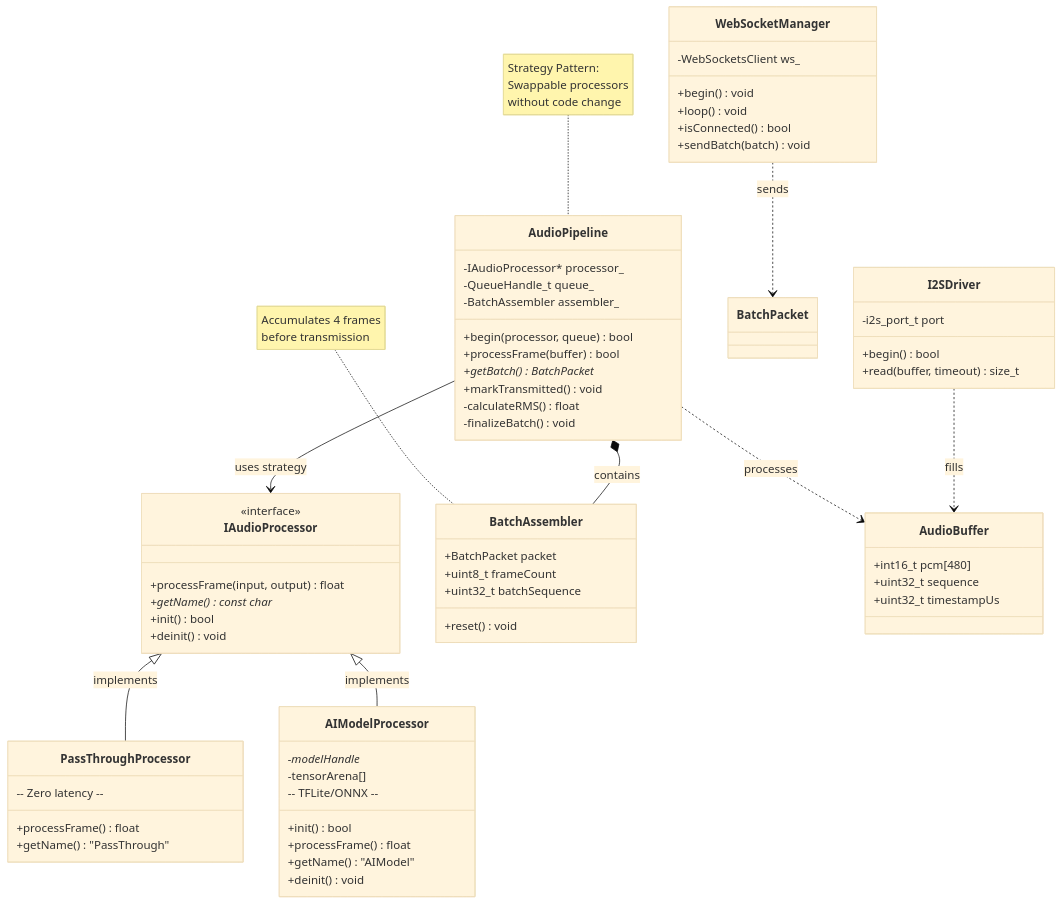
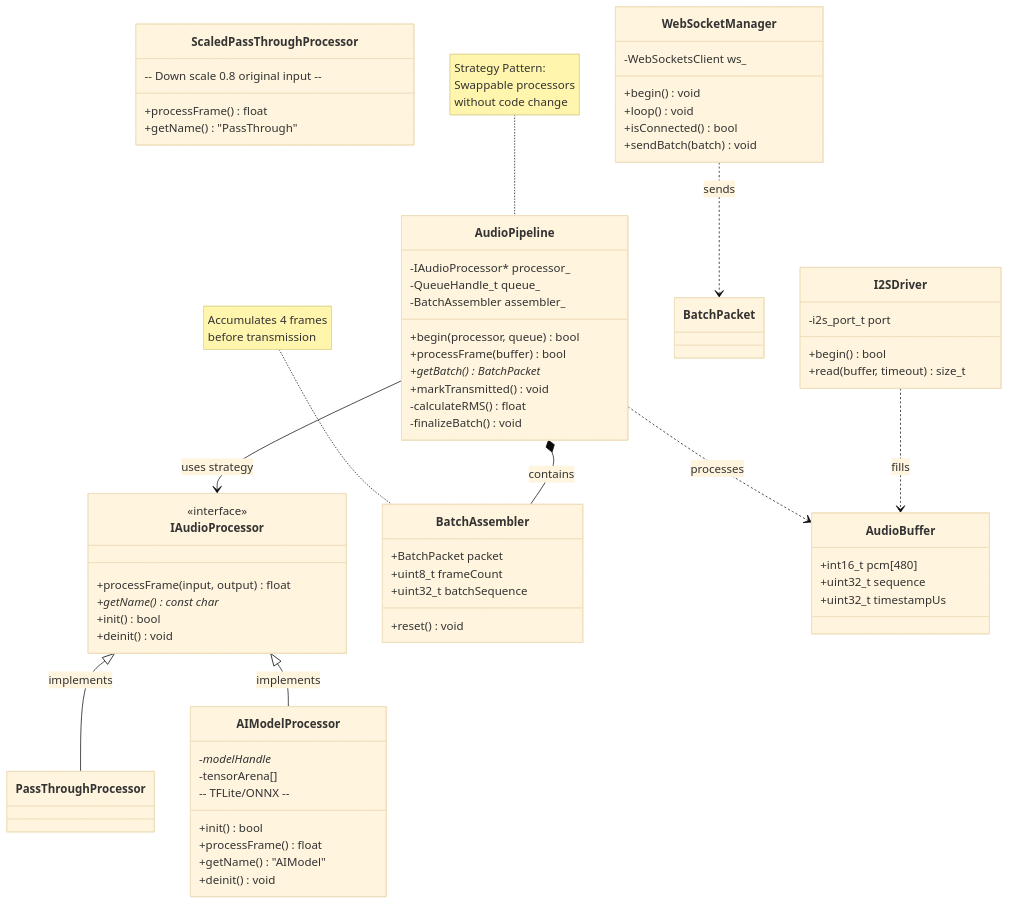
The third of 4 diagrams in README.md (trung-kieen/esp32-noise-suppression), drawn with Mermaid (base theme) before and after one commit. The commit also changed other lines of this file and 5 other files, not shown here.

````diff
--- a/README.md
+++ b/README.md
@@ -143,78 +143,78 @@
 ```mermaid
 classDiagram
     direction TB
     
     class IAudioProcessor {
         <<interface>>
         +processFrame(input, output) float
         +getName() const char*
         +init() bool
         +deinit() void
     }
     
-    class PassThroughProcessor {
+    class ScaledPassThroughProcessor  {
         +processFrame() float
         +getName() "PassThrough"
-        -- Zero latency --
+        -- Down scale 0.8 original input --
     }
     
     class AIModelProcessor {
         -modelHandle*
         -tensorArena[]
         +init() bool
         +processFrame() float
         +getName() "AIModel"
         +deinit() void
         -- TFLite/ONNX --
     }
     
     class AudioPipeline {
         -IAudioProcessor* processor_
         -QueueHandle_t queue_
         -BatchAssembler assembler_
         +begin(processor, queue) bool
         +processFrame(buffer) bool
         +getBatch() BatchPacket*
         +markTransmitted() void
         -calculateRMS() float
         -finalizeBatch() void
     }
     
     class I2SDriver {
         -i2s_port_t port
         +begin() bool
         +read(buffer, timeout) size_t
     }
     
     class WebSocketManager {
         -WebSocketsClient ws_
         +begin() void
         +loop() void
         +isConnected() bool
         +sendBatch(batch) void
     }
     
     class BatchAssembler {
         +BatchPacket packet
         +uint8_t frameCount
         +uint32_t batchSequence
         +reset() void
     }
     
     class AudioBuffer {
         +int16_t pcm[480]
         +uint32_t sequence
         +uint32_t timestampUs
     }
     
     IAudioProcessor <|-- PassThroughProcessor : implements
     IAudioProcessor <|-- AIModelProcessor : implements
     AudioPipeline --> IAudioProcessor : uses strategy
     AudioPipeline *-- BatchAssembler : contains
     AudioPipeline ..> AudioBuffer : processes
     I2SDriver ..> AudioBuffer : fills
     WebSocketManager ..> BatchPacket : sends
     
     note for AudioPipeline "Strategy Pattern:<br/>Swappable processors<br/>without code change"
     note for BatchAssembler "Accumulates 4 frames<br/>before transmission"
 ```
````
